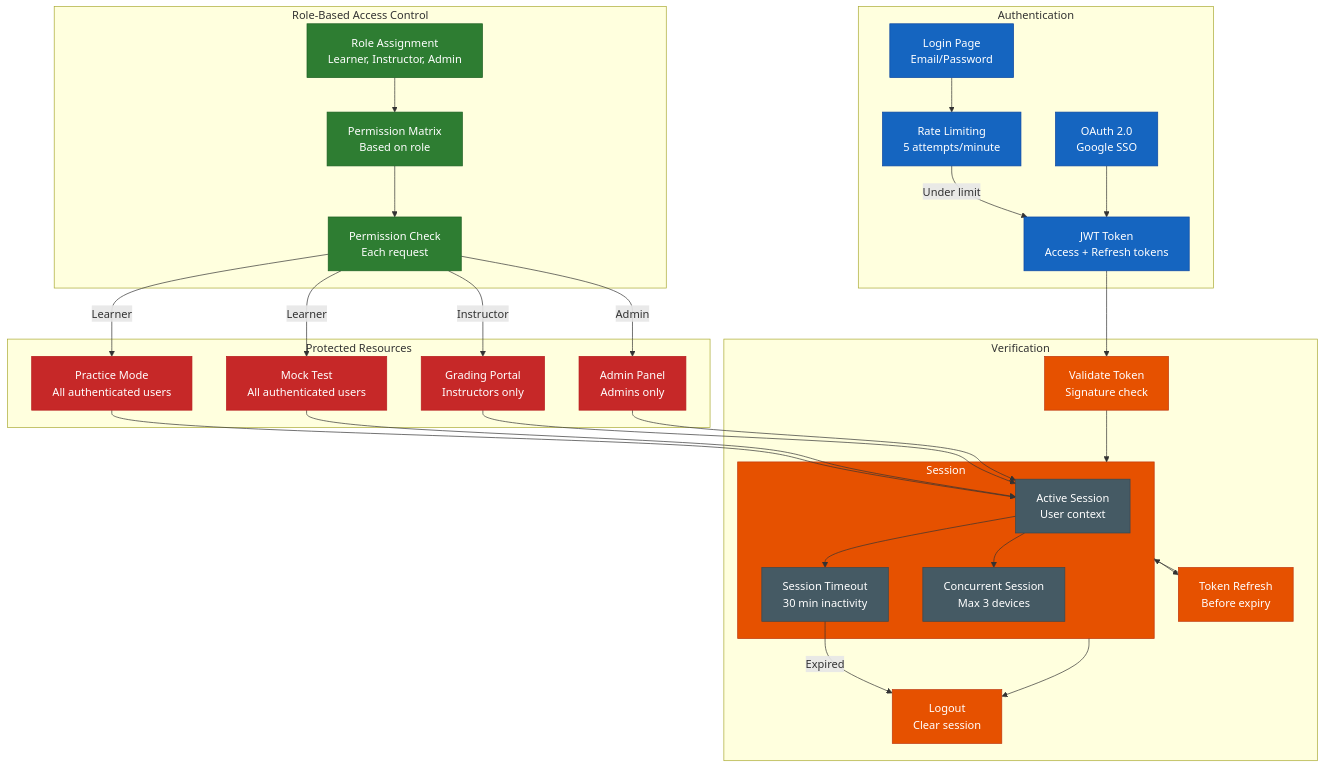
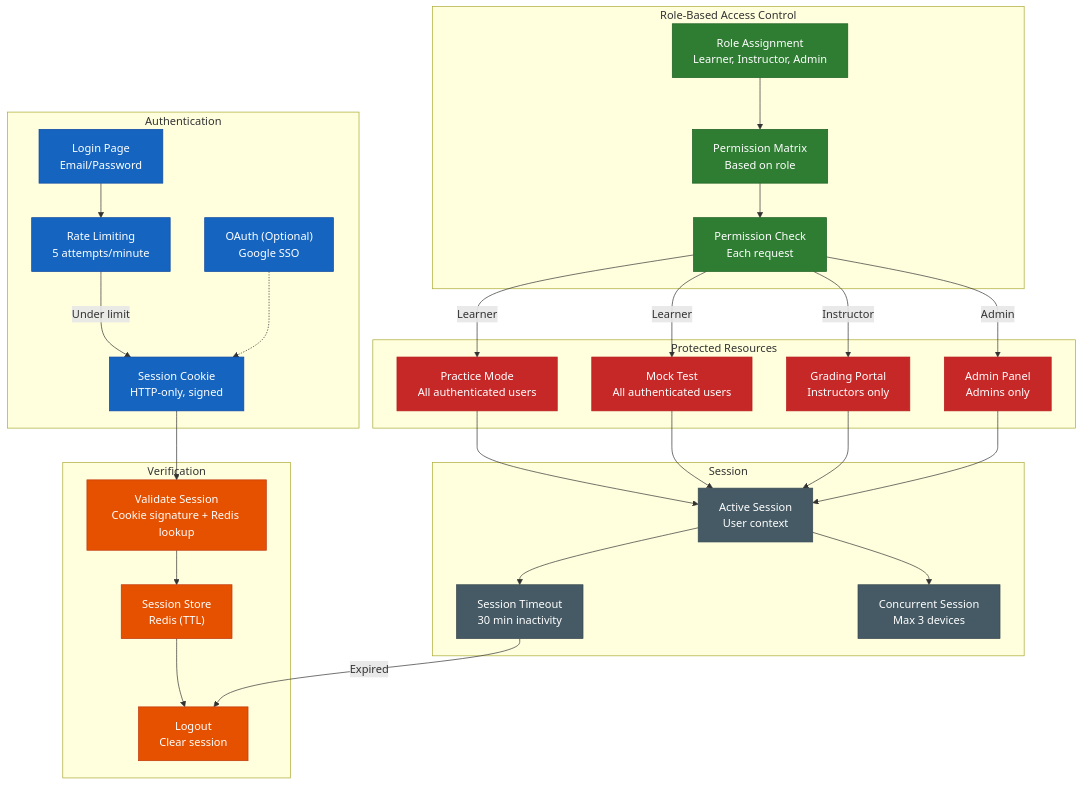
One commit to nghyane/VSTEP changed diagram 13 of 13 in docs/capstone/diagrams/flow-diagrams.vi.md. Above: the diagram before and after it, drawn with Mermaid. The commit also changed other lines of this file and 9 other files, not shown here.

````diff
--- a/docs/capstone/diagrams/flow-diagrams.vi.md
+++ b/docs/capstone/diagrams/flow-diagrams.vi.md
@@ -1071,72 +1116,69 @@
 ```mermaid
 flowchart TB
     subgraph Auth ["Authentication"]
         Login["Login Page<br/>Email/Password"]
-        OAuth["OAuth 2.0<br/>Google SSO"]
-        Token["JWT Token<br/>Access + Refresh tokens"]
+        OAuth["OAuth (Optional)<br/>Google SSO"]
         RateLimit["Rate Limiting<br/>5 attempts/minute"]
+        SessionCookie["Session Cookie<br/>HTTP-only, signed"]
     end
 
     subgraph Verify ["Verification"]
-        Validate["Validate Token<br/>Signature check"]
-        Session["Session Management<br/>Redis cache"]
-        Refresh["Token Refresh<br/>Before expiry"]
+        ValidateSession["Validate Session<br/>Cookie signature + Redis lookup"]
+        SessionStore["Session Store<br/>Redis (TTL)"]
         Logout["Logout<br/>Clear session"]
     end
 
     subgraph RBAC ["Role-Based Access Control"]
         Roles["Role Assignment<br/>Learner, Instructor, Admin"]
         Permissions["Permission Matrix<br/>Based on role"]
         Check["Permission Check<br/>Each request"]
     end
 
     subgraph Protected ["Protected Resources"]
         PracticeRes["Practice Mode<br/>All authenticated users"]
         MockRes["Mock Test<br/>All authenticated users"]
         GradingRes["Grading Portal<br/>Instructors only"]
         AdminRes["Admin Panel<br/>Admins only"]
     end
 
     subgraph Session ["Session"]
         Active["Active Session<br/>User context"]
         Timeout["Session Timeout<br/>30 min inactivity"]
         Concurrent["Concurrent Session<br/>Max 3 devices"]
     end
 
     Login --> RateLimit
-    RateLimit -->|"Under limit"| Token
-    OAuth --> Token
-    Token --> Validate
-    Validate --> Session
-    Session --> Refresh
-    Refresh --> Session
-    Session --> Logout
+    RateLimit -->|"Under limit"| SessionCookie
+    OAuth -.-> SessionCookie
+    SessionCookie --> ValidateSession
+    ValidateSession --> SessionStore
+    SessionStore --> Logout
 
     Roles --> Permissions
     Permissions --> Check
     Check -->|"Learner"| PracticeRes
     Check -->|"Learner"| MockRes
     Check -->|"Instructor"| GradingRes
     Check -->|"Admin"| AdminRes
 
     PracticeRes --> Active
     MockRes --> Active
     GradingRes --> Active
     AdminRes --> Active
     Active --> Timeout
     Active --> Concurrent
     Timeout -->|"Expired"| Logout
 
     classDef auth fill:#1565c0,stroke:#0d47a1,color:#fff
     classDef verify fill:#e65100,stroke:#bf360c,color:#fff
     classDef rbac fill:#2e7d32,stroke:#1b5e20,color:#fff
     classDef permissions fill:#c62828,stroke:#b71c1c,color:#fff
     classDef resources fill:#6a1b9a,stroke:#4a148c,color:#fff
     classDef session fill:#455a64,stroke:#37474f,color:#fff
 
-    class Login,OAuth,Token,RateLimit auth
-    class Validate,Session,Refresh,Logout verify
+    class Login,OAuth,RateLimit,SessionCookie auth
+    class ValidateSession,SessionStore,Logout verify
     class Roles,Permissions,Check rbac
     class PracticeRes,MockRes,GradingRes,AdminRes permissions
     class Active,Timeout,Concurrent session
 ```
````
